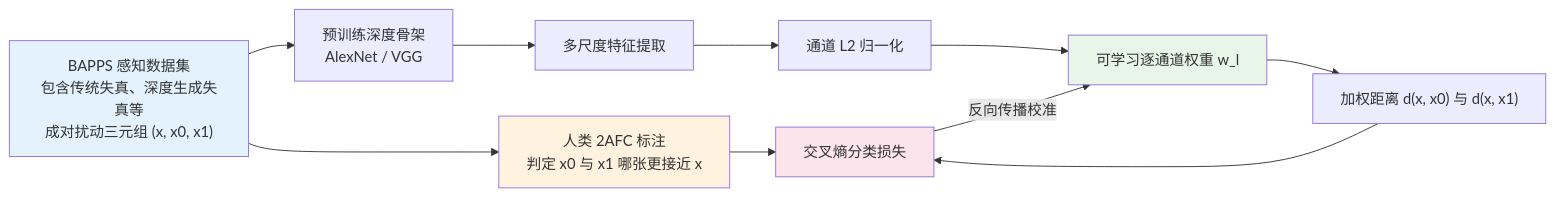
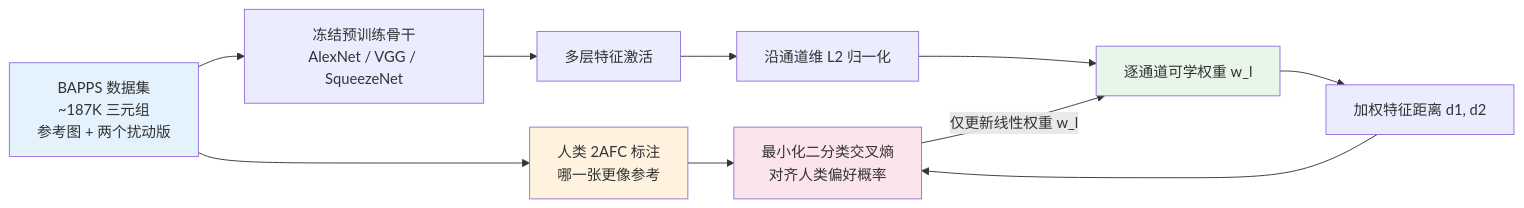
The second of 3 diagrams in chapters/04-metrics.md (yingwang/image-enhancement-guide), drawn with Mermaid before and after one commit. The commit also changed other lines of this file and 18 other files, not shown here.

````diff
--- a/chapters/04-metrics.md
+++ b/chapters/04-metrics.md
@@ -203,17 +209,17 @@
 ```mermaid
 graph LR
-    Pairs["BAPPS 感知数据集<br/>包含传统失真、深度生成失真等<br/>成对扰动三元组 (x, x0, x1)"] --> Human["人类 2AFC 标注<br/>判定 x0 与 x1 哪张更接近 x"]
-    Pairs --> Net["预训练深度骨架<br/>AlexNet / VGG"]
-    Net --> Feat["多尺度特征提取"]
-    Feat --> Norm["通道 L2 归一化"]
-    Norm --> Wt["可学习逐通道权重 w_l"]
-    Wt --> Dist["加权距离 d(x, x0) 与 d(x, x1)"]
-    Human --> Loss["交叉熵分类损失"]
-    Dist --> Loss
-    Loss -->|反向传播校准| Wt
+    Pairs[BAPPS 数据集<br/>~187K 三元组<br/>参考图 + 两个扰动版] --> Human[人类 2AFC 标注<br/>哪一张更像参考]
+    Pairs --> Net[冻结预训练骨干<br/>AlexNet / VGG / SqueezeNet]
+    Net --> Feat[多层特征激活]
+    Feat --> Norm[沿通道维 L2 归一化]
+    Norm --> Wt[逐通道可学权重 w_l]
+    Wt --> Dist[加权特征距离 d1, d2]
+    Human --> Calib[最小化二分类交叉熵<br/>对齐人类偏好概率]
+    Dist --> Calib
+    Calib -->|仅更新线性权重 w_l| Wt
 
     style Pairs fill:#e3f2fd
     style Human fill:#fff3e0
     style Wt fill:#e8f5e9
-    style Loss fill:#fce4ec
+    style Calib fill:#fce4ec
 ```
````
